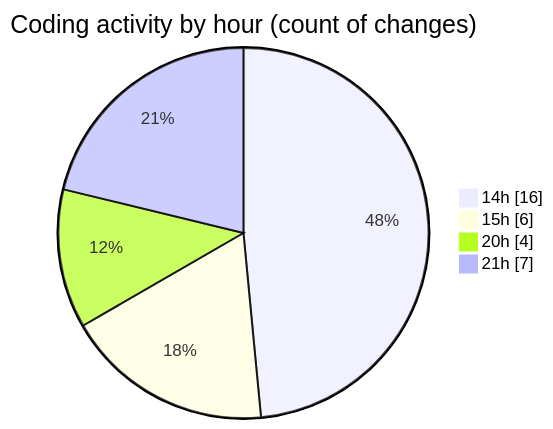
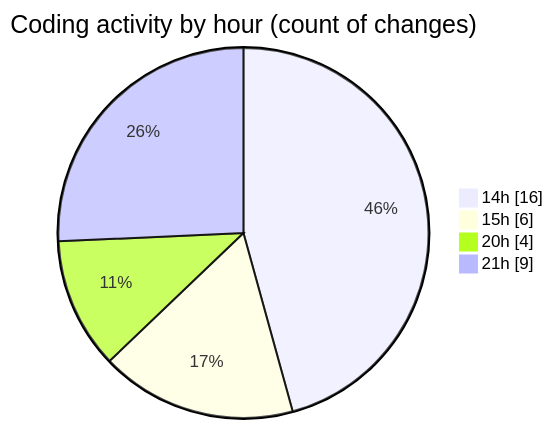
One commit to momahboobian/code-tracking changed the second of 2 diagrams in 2026-09-18/video-downloader/README.md. Above: the diagram before and after it, drawn with Mermaid. The commit also changed other lines of this file and 1 other file, not shown here.

````diff
--- a/2026-09-18/video-downloader/README.md
+++ b/2026-09-18/video-downloader/README.md
@@ -36,8 +36,8 @@
 ```mermaid
 pie showData
 title Coding activity by hour (count of changes)
 "14h" : 16
 "15h" : 6
 "20h" : 4
-"21h" : 7
+"21h" : 9
 ```
````
